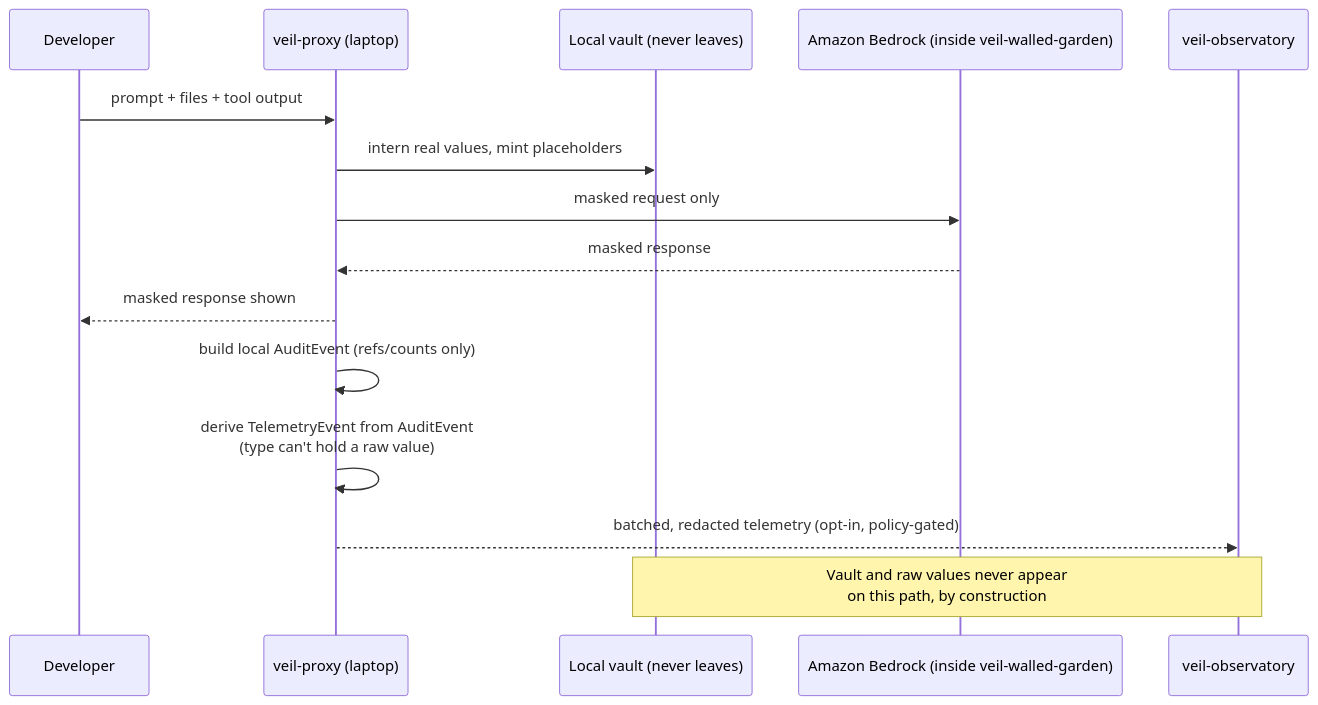
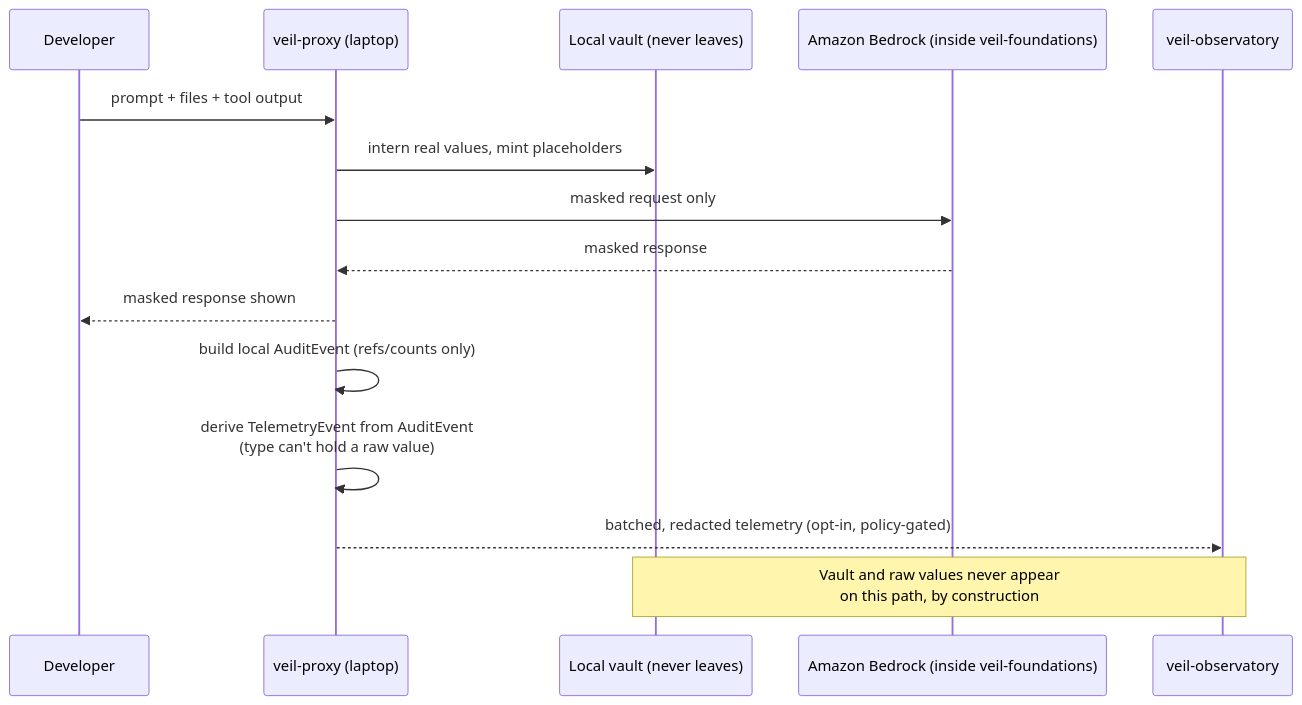
The second of 3 diagrams in docs/architecture/product-family.md (dermdunc/veil-proxy), drawn with Mermaid before and after one commit. The commit also changed other lines of this file and 6 other files, not shown here.

````diff
--- a/docs/architecture/product-family.md
+++ b/docs/architecture/product-family.md
@@ -303,18 +318,18 @@
 ```mermaid
 sequenceDiagram
     participant Dev as Developer
     participant VP as veil-proxy (laptop)
     participant Vault as Local vault (never leaves)
-    participant BR as Amazon Bedrock (inside veil-walled-garden)
+    participant BR as Amazon Bedrock (inside veil-foundations)
     participant Obs as veil-observatory
 
     Dev->>VP: prompt + files + tool output
     VP->>Vault: intern real values, mint placeholders
     VP->>BR: masked request only
     BR-->>VP: masked response
     VP-->>Dev: masked response shown
     VP->>VP: build local AuditEvent (refs/counts only)
     VP->>VP: derive TelemetryEvent from AuditEvent<br/>(type can't hold a raw value)
     VP-->>Obs: batched, redacted telemetry (opt-in, policy-gated)
     Note over Vault,Obs: Vault and raw values never appear<br/>on this path, by construction
 ```
````
